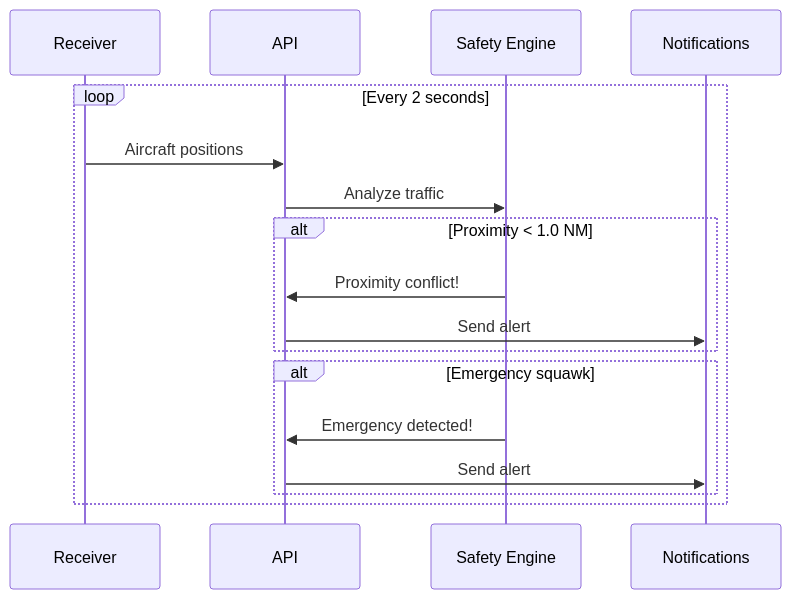
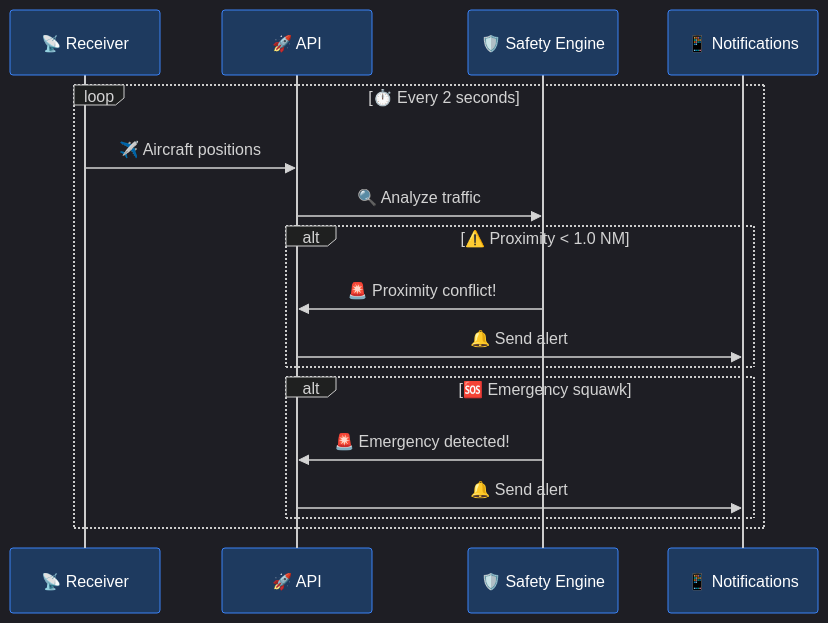
The second of 7 diagrams in docs/Getting Started/safety-and-alerts.md (CHA0S-CORP/SkySpyDocs), drawn with Mermaid before and after one commit. The commit also changed other lines of this file and 11 other files, not shown here.

````diff
--- a/docs/Getting Started/safety-and-alerts.md
+++ b/docs/Getting Started/safety-and-alerts.md
@@ -74,22 +75,23 @@
 ```mermaid
+%%{init: {'theme': 'dark', 'themeVariables': { 'primaryColor': '#3b82f6', 'primaryTextColor': '#fff', 'primaryBorderColor': '#60a5fa', 'lineColor': '#60a5fa', 'actorTextColor': '#fff', 'actorBkg': '#1e3a5f', 'actorBorder': '#3b82f6'}}}%%
 sequenceDiagram
-    participant R as Receiver
-    participant A as API
-    participant S as Safety Engine
-    participant N as Notifications
+    participant R as 📡 Receiver
+    participant A as 🚀 API
+    participant S as 🛡️ Safety Engine
+    participant N as 📱 Notifications
 
-    loop Every 2 seconds
-        R->>A: Aircraft positions
-        A->>S: Analyze traffic
+    loop ⏱️ Every 2 seconds
+        R->>A: ✈️ Aircraft positions
+        A->>S: 🔍 Analyze traffic
 
-        alt Proximity < 1.0 NM
-            S->>A: Proximity conflict!
-            A->>N: Send alert
+        alt ⚠️ Proximity < 1.0 NM
+            S->>A: 🚨 Proximity conflict!
+            A->>N: 🔔 Send alert
         end
 
-        alt Emergency squawk
-            S->>A: Emergency detected!
-            A->>N: Send alert
+        alt 🆘 Emergency squawk
+            S->>A: 🚨 Emergency detected!
+            A->>N: 🔔 Send alert
         end
     end
 ```
````
